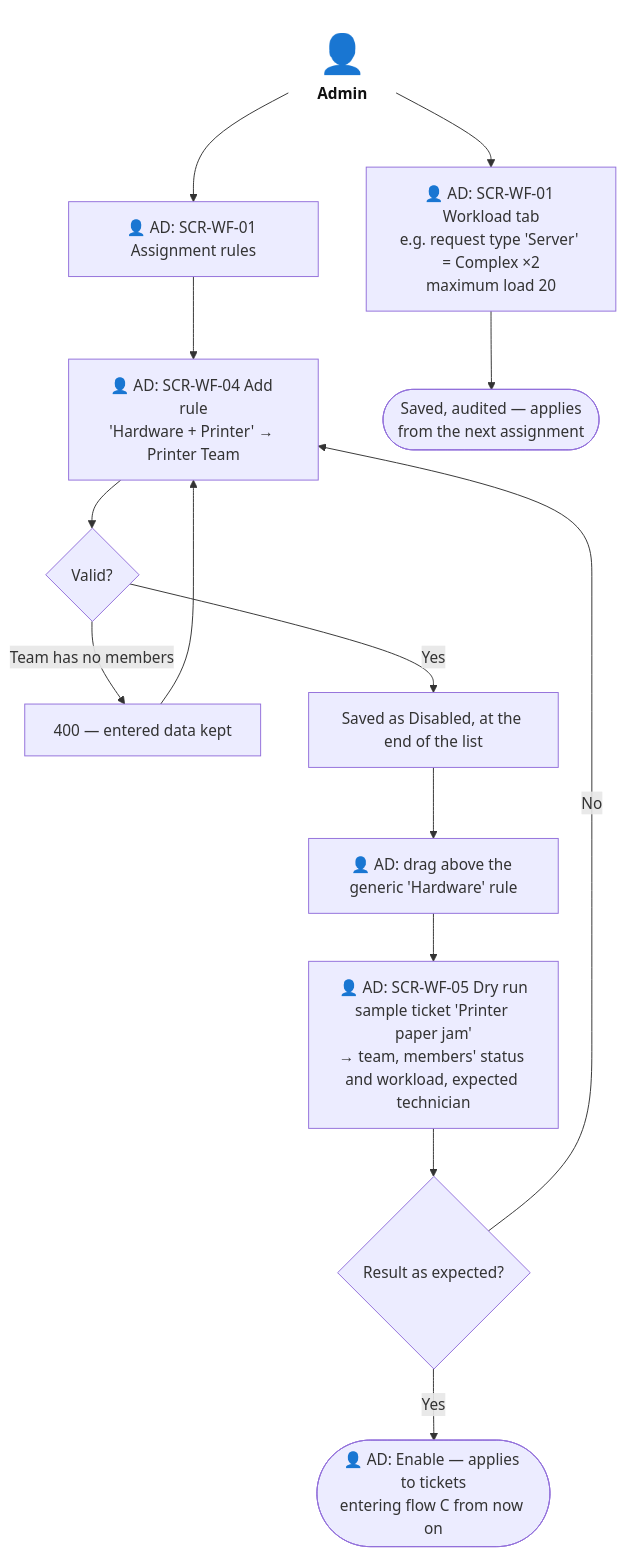
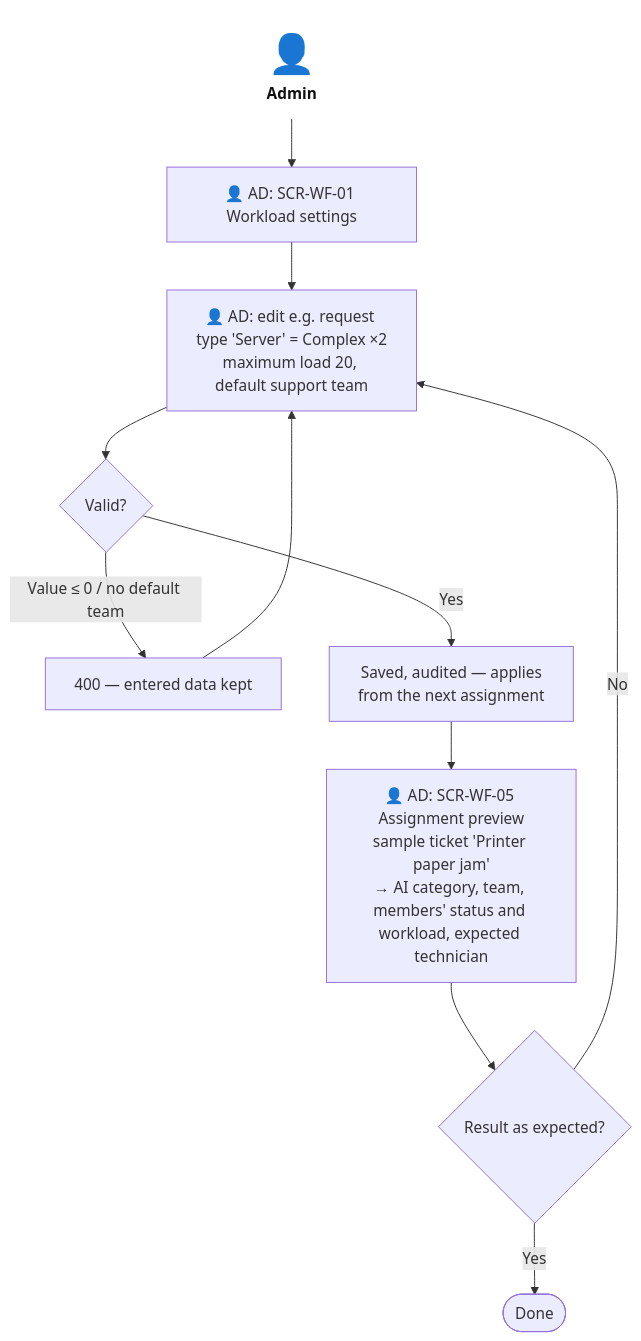
One commit to Akaza-ban/Fable changed the sixth of 6 diagrams in docs/f05-workflow-automation/information-architecture/05-user-flows.md. Above: the diagram before and after it, drawn with Mermaid. The commit also changed other lines of this file and 15 other files, not shown here.

````diff
--- a/docs/f05-workflow-automation/information-architecture/05-user-flows.md
+++ b/docs/f05-workflow-automation/information-architecture/05-user-flows.md
@@ -152,19 +152,16 @@
 ```mermaid
 flowchart TD
     actAdmin["<span style='font-size:40px'>👤</span><br/><b>Admin</b>"]:::actor
-    actAdmin --> list["👤 AD: SCR-WF-01 Assignment rules"]
-    list --> add["👤 AD: SCR-WF-04 Add rule<br/>'Hardware + Printer' → Printer Team"]
-    add --> valid{"Valid?"}
-    valid -->|"Team has no members"| err["400 — entered data kept"]
-    err --> add
-    valid -->|"Yes"| off["Saved as Disabled, at the end of the list"]
-    off --> order["👤 AD: drag above the generic 'Hardware' rule"]
-    order --> dry["👤 AD: SCR-WF-05 Dry run<br/>sample ticket 'Printer paper jam'<br/>→ team, members' status and workload, expected technician"]
-    dry --> result{"Result as expected?"}
-    result -->|"No"| add
-    result -->|"Yes"| on(["👤 AD: Enable — applies to tickets<br/>entering flow C from now on"])
-    actAdmin --> wl["👤 AD: SCR-WF-01 Workload tab<br/>e.g. request type 'Server' = Complex ×2<br/>maximum load 20"]
-    wl --> wlsave(["Saved, audited — applies<br/>from the next assignment"])
+    actAdmin --> page["👤 AD: SCR-WF-01 Workload settings"]
+    page --> edit["👤 AD: edit e.g. request type 'Server' = Complex ×2<br/>maximum load 20, default support team"]
+    edit --> valid{"Valid?"}
+    valid -->|"Value ≤ 0 / no default team"| err["400 — entered data kept"]
+    err --> edit
+    valid -->|"Yes"| saved["Saved, audited — applies<br/>from the next assignment"]
+    saved --> preview["👤 AD: SCR-WF-05 Assignment preview<br/>sample ticket 'Printer paper jam'<br/>→ AI category, team, members' status and workload, expected technician"]
+    preview --> result{"Result as expected?"}
+    result -->|"No"| edit
+    result -->|"Yes"| done(["Done"])
 
     classDef actor fill:none,stroke:none,color:#111
 ```
````
